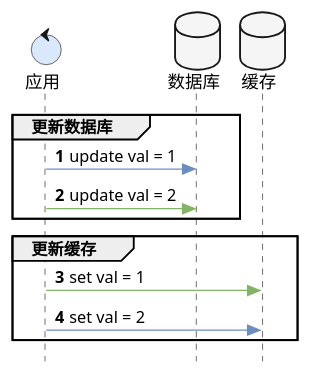
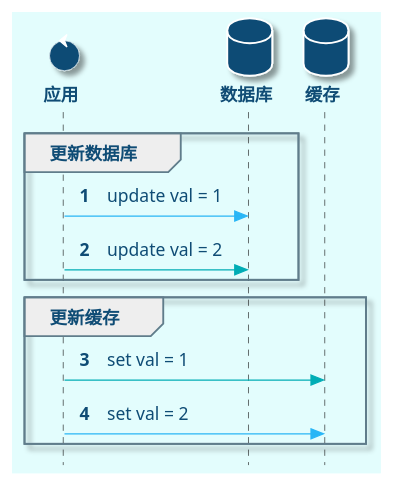
Before and after one commit to dunwu/waterdrop: the diagram in assets/分布式/分布式存储/分布式缓存/先更新数据库再更新缓存.puml, drawn with PlantUML. The commit also changed 4 other files, not shown here.

```diff
--- a/assets/分布式/分布式存储/分布式缓存/先更新数据库再更新缓存.puml
+++ b/assets/分布式/分布式存储/分布式缓存/先更新数据库再更新缓存.puml
@@ -1,23 +1,78 @@
 @startuml
 'https://plantuml.com/sequence-diagram
 
+'样式设置 Begin
+
+skinparam style strictuml
+skinparam BackgroundColor #E3FDFD
+skinparam Shadowing true
+skinparam defaultFontColor #0F4C75
+skinparam defaultFontSize 14
+skinparam ArrowColor #607D8B
+skinparam Padding 5
+
+'参与者样式设置
+
+skinparam ActorFontStyle Bold
+skinparam ActorFontColor #0F4C75
+skinparam ActorBorderColor #0F4C75
+skinparam ActorBackgroundColor #0F4C75
+
+skinparam BoundaryFontStyle Bold
+skinparam BoundaryFontColor #0F4C75
+skinparam BoundaryBorderColor #0F4C75
+skinparam BoundaryBackgroundColor #0F4C75
+
+skinparam CollectionsFontStyle Bold
+skinparam CollectionsFontColor #FFFFFF
+skinparam CollectionsBorderColor #FFFFFF
+skinparam CollectionsBackgroundColor #0F4C75
+
+skinparam ControlFontStyle Bold
+skinparam ControlFontColor #0F4C75
+skinparam ControlBorderColor #FFFFFF
+skinparam ControlBackgroundColor #0F4C75
+
+skinparam DatabaseFontStyle Bold
+skinparam DatabaseFontColor #0F4C75
+skinparam DatabaseBorderColor #FFFFFF
+skinparam DatabaseBackgroundColor #0F4C75
+
+skinparam EntityFontStyle Bold
+skinparam EntityFontColor #0F4C75
+skinparam EntityBorderColor #FFFFFF
+skinparam EntityBackgroundColor #0F4C75
+
+skinparam ParticipantFontStyle Bold
+skinparam ParticipantFontColor #FFFFFF
+skinparam ParticipantBorderColor #FFFFFF
+skinparam ParticipantBackgroundColor #0F4C75
+
+skinparam QueueFontStyle Bold
+skinparam QueueFontColor #FFFFFF
+skinparam QueueBorderColor #607D8B
+skinparam QueueBackgroundColor #0F4C75
+
+skinparam SequenceGroupBorderColor #607D8B
+
+'样式设置 End
+
 autonumber
-skinparam style strictuml
 
-database 数据库 as db #F5F5F5
-database 缓存 as cache #F5F5F5
-control 应用 as app #DAE8FC
+database 数据库 as db
+database 缓存 as cache
+control 应用 as app
 
 participant app order 1
 participant db order 2
 participant cache order 3
 
 group 更新数据库
-app -[#6C8EBF]> db: update val = 1
-app -[#82B366]> db: update val = 2
+app -[#29B6F6]> db: update val = 1
+app -[#00ADB5]> db: update val = 2
 end
 group 更新缓存
-app -[#82B366]> cache: set val = 1
-app -[#6C8EBF]> cache: set val = 2
+app -[#00ADB5]> cache: set val = 1
+app -[#29B6F6]> cache: set val = 2
 end
 @enduml
```
